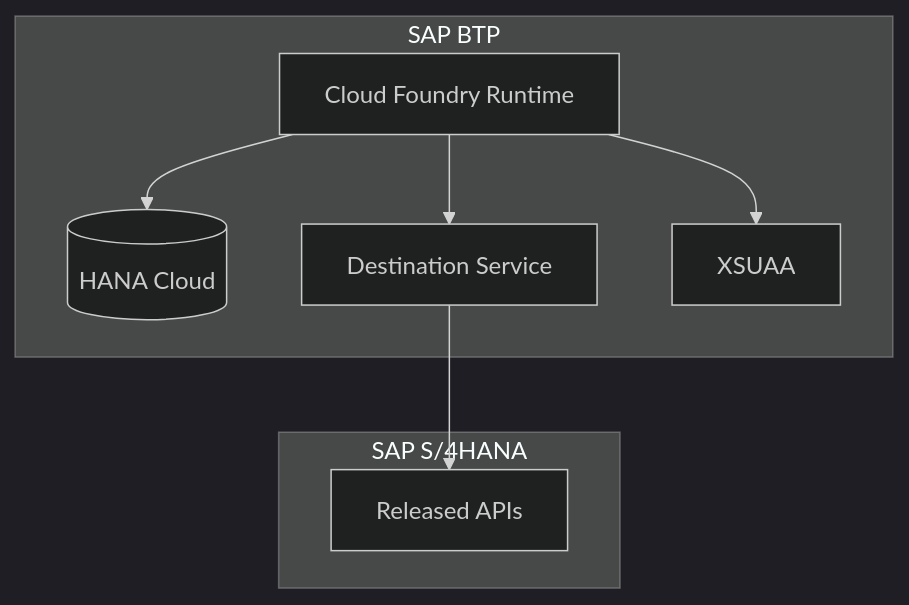
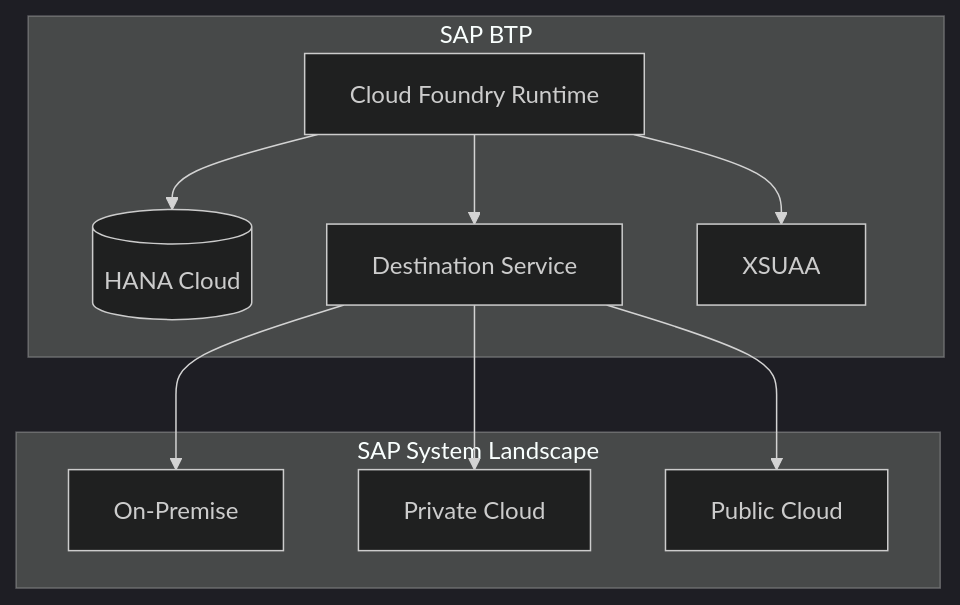
The second of 2 diagrams in docs/architecture-overview.md (ib823/sapconnect), drawn with Mermaid (dark theme) before and after one commit. The commit also changed other lines of this file and 18 other files, not shown here.

````diff
--- a/docs/architecture-overview.md
+++ b/docs/architecture-overview.md
@@ -80,18 +173,22 @@
 ```mermaid
 graph TB
     subgraph "SAP BTP"
         CF[Cloud Foundry Runtime]
         HANA[(HANA Cloud)]
         DEST[Destination Service]
         XSUAA[XSUAA]
     end
 
-    subgraph "SAP S/4HANA"
-        API[Released APIs]
+    subgraph "SAP System Landscape"
+        ONPREM[On-Premise]
+        PRIVATE[Private Cloud]
+        PUBLIC[Public Cloud]
     end
 
     CF --> HANA
     CF --> DEST
     CF --> XSUAA
-    DEST --> API
+    DEST --> ONPREM
+    DEST --> PRIVATE
+    DEST --> PUBLIC
 ```
````
